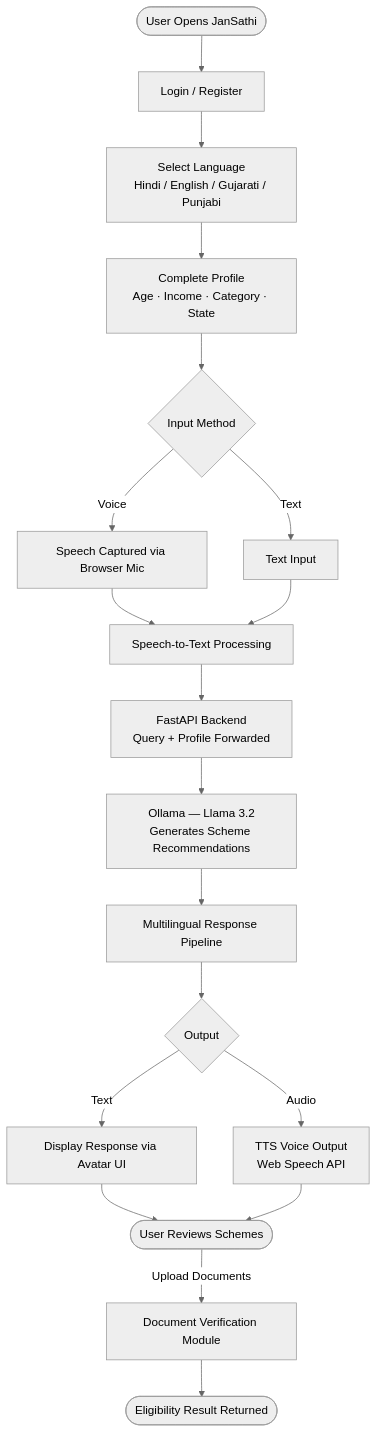
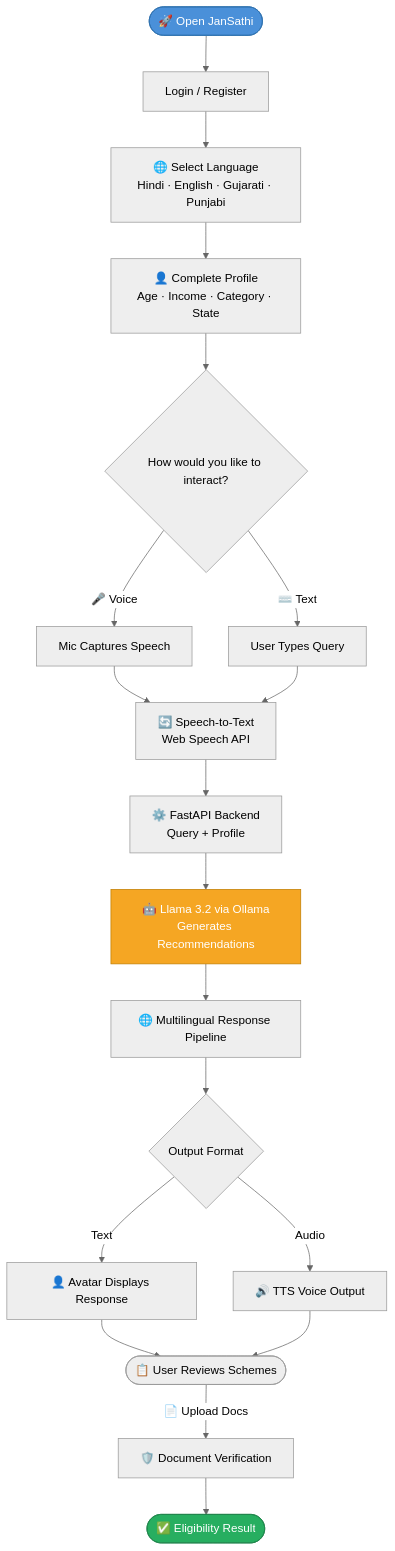
Before and after one commit to GhiyadShreya/Jansaathi: the second of 2 diagrams in README.md, drawn with Mermaid (neutral theme). The commit also changed other lines of this file, not shown here.

````diff
--- a/README.md
+++ b/README.md
@@ -83,21 +117,31 @@
 ```mermaid
 flowchart TD
-    A([User Opens JanSathi]) --> B[Login / Register]
-    B --> C[Select Language\nHindi / English / Gujarati / Punjabi]
-    C --> D[Complete Profile\nAge · Income · Category · State]
-    D --> E{Input Method}
-    E -->|Voice| F[Speech Captured via Browser Mic]
-    E -->|Text| G[Text Input]
-    F --> H[Speech-to-Text Processing]
+    A([🚀 Open JanSathi]) --> B[Login / Register]
+    B --> C[🌐 Select Language\nHindi · English · Gujarati · Punjabi]
+    C --> D[👤 Complete Profile\nAge · Income · Category · State]
+    D --> E{How would you like to interact?}
+
+    E -->|🎤 Voice| F[Mic Captures Speech]
+    E -->|⌨️ Text| G[User Types Query]
+
+    F --> H[🔄 Speech-to-Text\nWeb Speech API]
     G --> H
-    H --> I[FastAPI Backend\nQuery + Profile Forwarded]
-    I --> J[Ollama — Llama 3.2\nGenerates Scheme Recommendations]
-    J --> K[Multilingual Response Pipeline]
-    K --> L{Output}
-    L -->|Text| M[Display Response via Avatar UI]
-    L -->|Audio| N[TTS Voice Output\nWeb Speech API]
-    M --> O([User Reviews Schemes])
+
+    H --> I[⚙️ FastAPI Backend\nQuery + Profile]
+    I --> J[🤖 Llama 3.2 via Ollama\nGenerates Recommendations]
+    J --> K[🌐 Multilingual Response Pipeline]
+
+    K --> L{Output Format}
+    L -->|Text| M[👤 Avatar Displays Response]
+    L -->|Audio| N[🔊 TTS Voice Output]
+
+    M --> O([📋 User Reviews Schemes])
     N --> O
-    O -->|Upload Documents| P[Document Verification Module]
-    P --> Q([Eligibility Result Returned])
+
+    O -->|📄 Upload Docs| P[🛡️ Document Verification]
+    P --> Q([✅ Eligibility Result])
+
+    style A fill:#4A90D9,color:#fff,stroke:#2c6fad
+    style J fill:#F5A623,color:#fff,stroke:#c07d00
+    style Q fill:#27AE60,color:#fff,stroke:#1e8449
 ```
````
